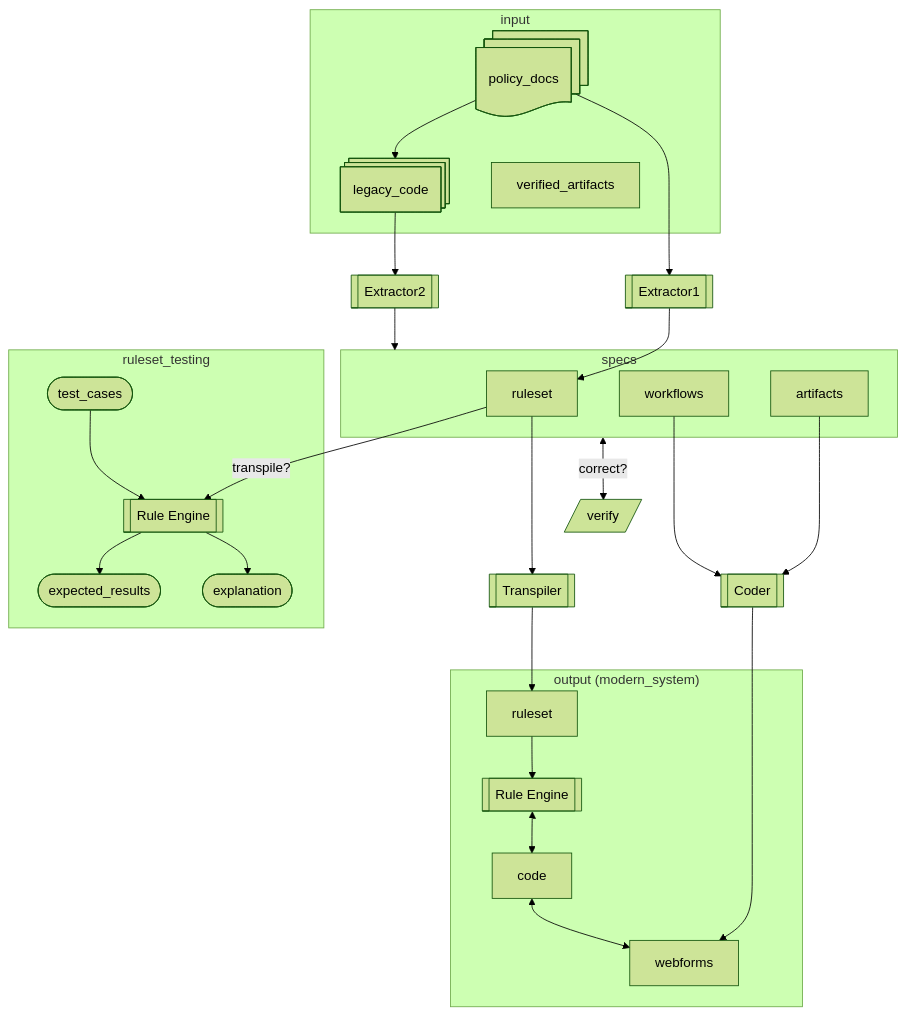
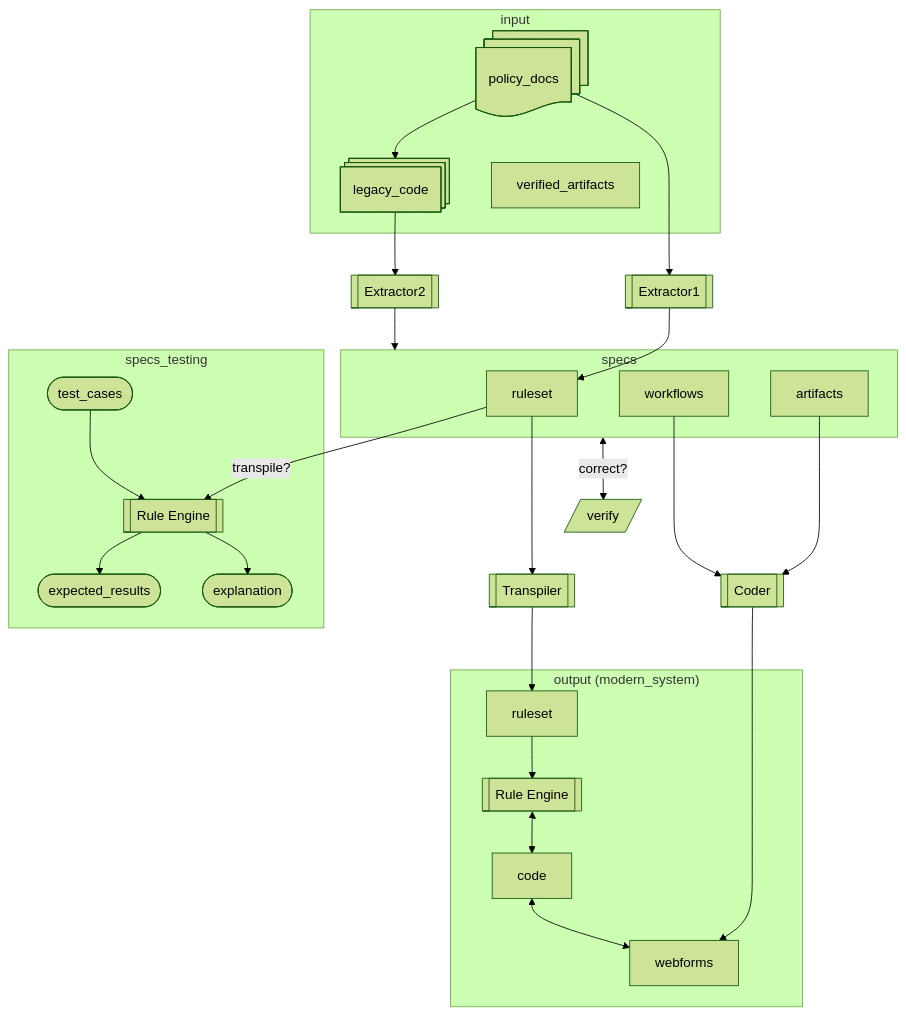
One commit to yoomlam/lockpick-xlator changed the diagram in README.md. Above: the diagram before and after it, drawn with Mermaid (forest theme). The commit also changed other lines of this file, not shown here.

````diff
--- a/README.md
+++ b/README.md
@@ -54,32 +57,32 @@
 ```mermaid
 flowchart TD
 
 subgraph input
     policy_docs@{shape: docs} --> legacy_code
     legacy_code@{shape: procs}
     verified_artifacts
 end
 
 policy_docs --> Extractor1[[Extractor1]] --> ruleset
 legacy_code --> Extractor2[[Extractor2]] --> specs
 
 subgraph specs
     ruleset & workflows & artifacts
 end
 
 specs <--correct?--> verify[/verify/]
 
-subgraph ruleset_testing
+subgraph specs_testing
     tester_rule_engine[[Rule Engine]]
     ruleset --transpile?--> tester_rule_engine
     test_cases([test_cases]) --> tester_rule_engine --> expected_results([expected_results])
     tester_rule_engine --> explanation([explanation])
 end
 
 ruleset ---> Transpiler[[Transpiler]] --> ruleset2[ruleset]
 workflows & artifacts ---> Coder[[Coder]] --> webforms
 
 subgraph output["output (modern_system)"]
     ruleset2 --> rule_engine[[Rule Engine]] <--> code <--> webforms
 end
 ```
````
